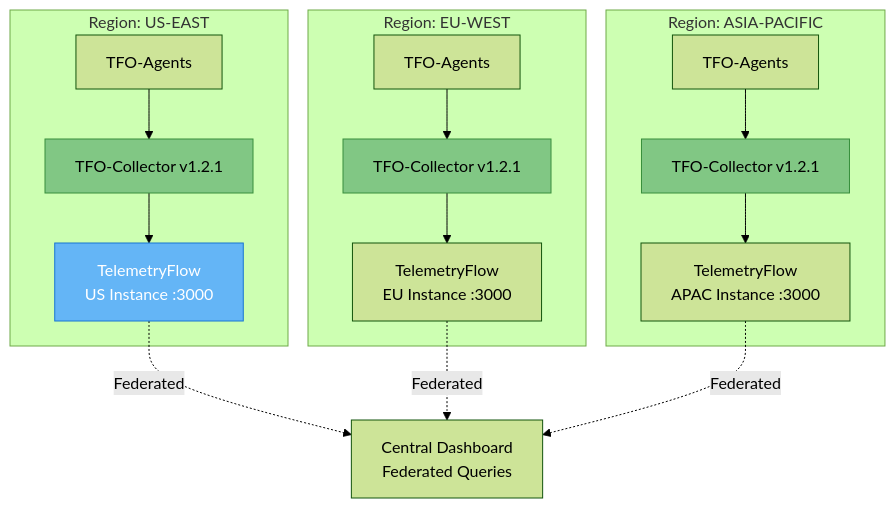
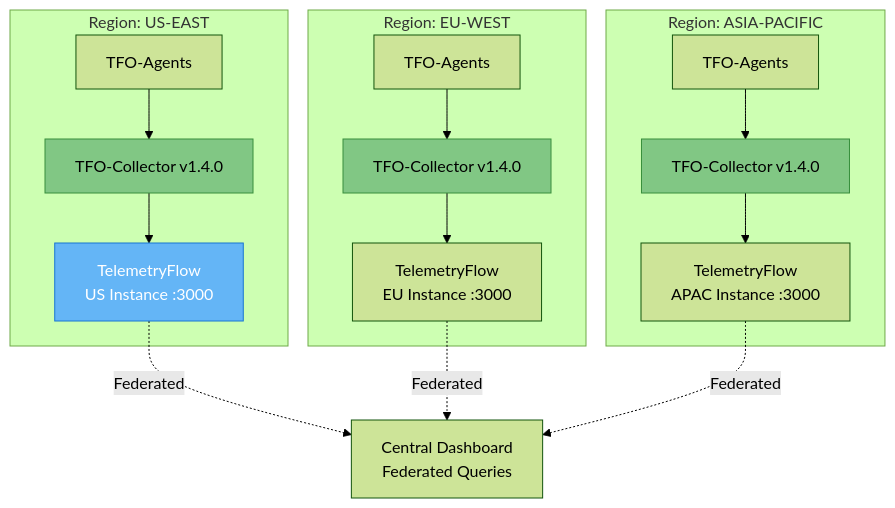
The third of 4 diagrams in tfo-otel/DEPLOYMENT.md (telemetryflow/telemetryflow-overview), drawn with Mermaid (forest theme) before and after one commit. The commit also changed other lines of this file and 11 other files, not shown here.

First line of the commit message:
docs: update component versions to latest (agent/collector/platform/OTel)

````diff
--- a/tfo-otel/DEPLOYMENT.md
+++ b/tfo-otel/DEPLOYMENT.md
@@ -487,27 +487,27 @@
 ```mermaid
 graph TB
     subgraph REGION1[Region: US-EAST]
-        AGENT1[TFO-Agents] --> COLLECTOR1[TFO-Collector v1.2.1]
+        AGENT1[TFO-Agents] --> COLLECTOR1[TFO-Collector v1.4.0]
         COLLECTOR1 --> PLATFORM1[TelemetryFlow<br/>US Instance :3000]
     end
 
     subgraph REGION2[Region: EU-WEST]
-        AGENT2[TFO-Agents] --> COLLECTOR2[TFO-Collector v1.2.1]
+        AGENT2[TFO-Agents] --> COLLECTOR2[TFO-Collector v1.4.0]
         COLLECTOR2 --> PLATFORM2[TelemetryFlow<br/>EU Instance :3000]
     end
 
     subgraph REGION3[Region: ASIA-PACIFIC]
-        AGENT3[TFO-Agents] --> COLLECTOR3[TFO-Collector v1.2.1]
+        AGENT3[TFO-Agents] --> COLLECTOR3[TFO-Collector v1.4.0]
         COLLECTOR3 --> PLATFORM3[TelemetryFlow<br/>APAC Instance :3000]
     end
 
     CENTRAL[Central Dashboard<br/>Federated Queries]
     PLATFORM1 -.->|Federated| CENTRAL
     PLATFORM2 -.->|Federated| CENTRAL
     PLATFORM3 -.->|Federated| CENTRAL
 
     style COLLECTOR1 fill:#81C784,stroke:#388E3C,color:#000
     style COLLECTOR2 fill:#81C784,stroke:#388E3C,color:#000
     style COLLECTOR3 fill:#81C784,stroke:#388E3C,color:#000
     style PLATFORM1 fill:#64B5F6,stroke:#1976D2,color:#fff
 ```
````
